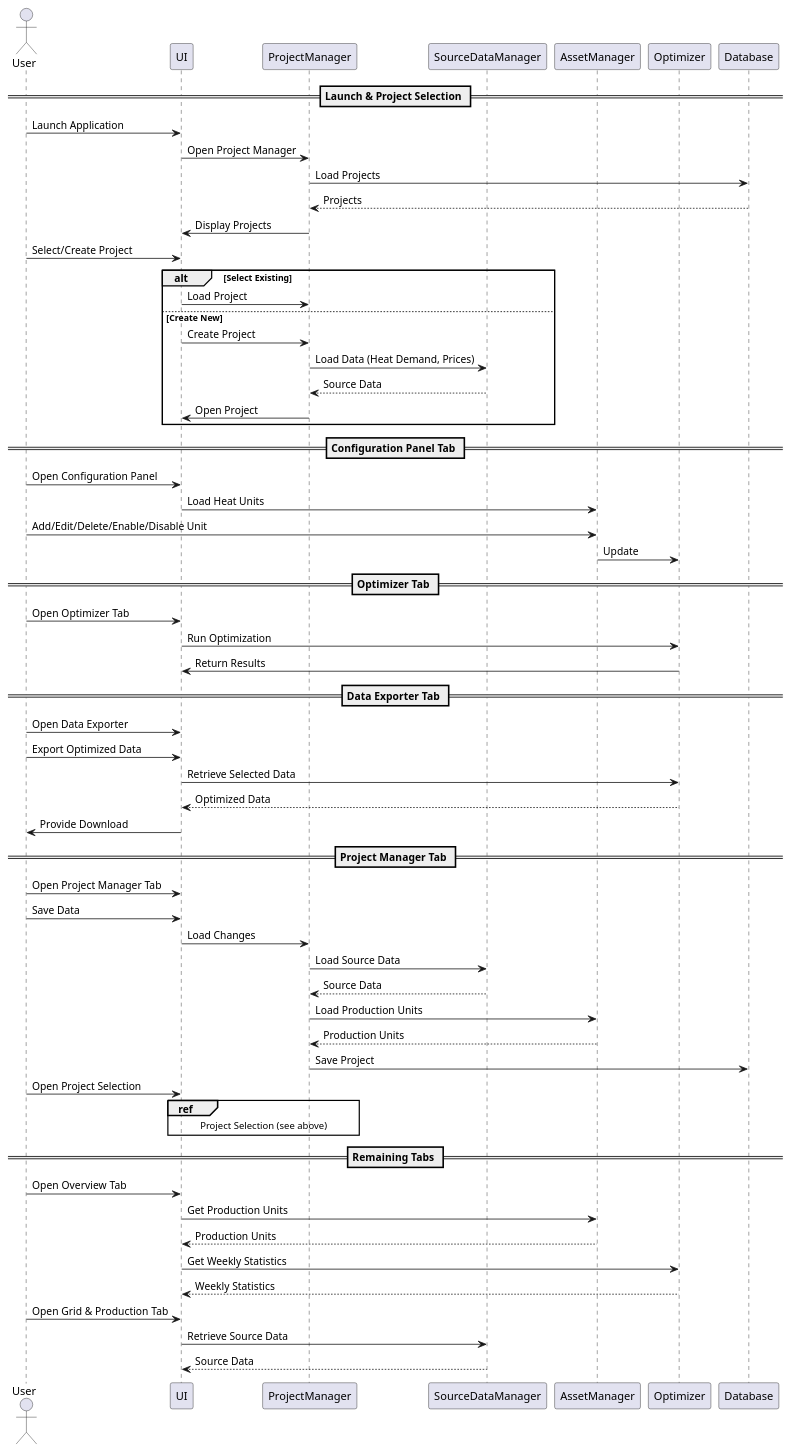
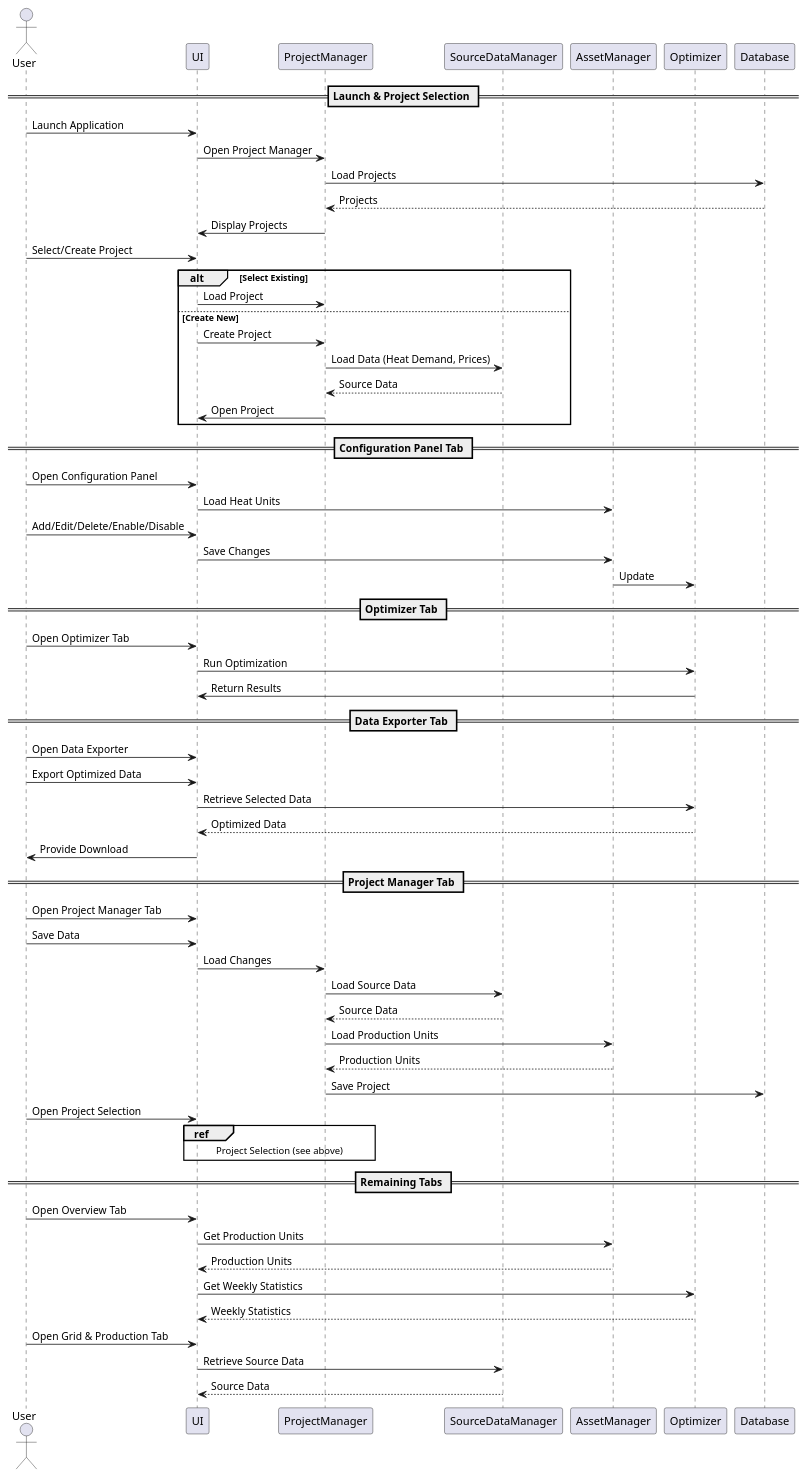
One commit to SDU-Project-group-2025-2nd-semester/semester-project changed the diagram in docs/diagrams/out/sequence.puml. Above: the diagram before and after it, drawn with PlantUML.

```diff
--- a/docs/diagrams/out/sequence.puml
+++ b/docs/diagrams/out/sequence.puml
@@ -1,66 +1,67 @@
 @startuml
 actor User
 participant UI
 participant ProjectManager
 participant SourceDataManager
 participant AssetManager
 participant Optimizer
 participant Database
 
 == Launch & Project Selection ==
 User -> UI : Launch Application
 UI -> ProjectManager : Open Project Manager
 ProjectManager -> Database: Load Projects
 Database --> ProjectManager : Projects
 ProjectManager -> UI : Display Projects
 User -> UI : Select/Create Project
 alt Select Existing
   UI -> ProjectManager : Load Project
 else Create New
   UI -> ProjectManager : Create Project
   ProjectManager -> SourceDataManager : Load Data (Heat Demand, Prices)
   SourceDataManager --> ProjectManager : Source Data
   ProjectManager -> UI :  Open Project
 end
 
 == Configuration Panel Tab ==
 User -> UI : Open Configuration Panel
 UI -> AssetManager : Load Heat Units
 
-User -> AssetManager : Add/Edit/Delete/Enable/Disable Unit
+User -> UI : Add/Edit/Delete/Enable/Disable 
+UI -> AssetManager : Save Changes
 AssetManager -> Optimizer : Update
 
 == Optimizer Tab ==
 User -> UI : Open Optimizer Tab
 UI -> Optimizer : Run Optimization
 Optimizer -> UI : Return Results
 
 == Data Exporter Tab ==
 User -> UI : Open Data Exporter
 User -> UI : Export Optimized Data
 UI -> Optimizer : Retrieve Selected Data
 Optimizer --> UI : Optimized Data
 UI -> User : Provide Download 
 
 == Project Manager Tab ==
 User -> UI : Open Project Manager Tab
 User -> UI : Save Data
 UI -> ProjectManager : Load Changes
 ProjectManager -> SourceDataManager : Load Source Data
 SourceDataManager --> ProjectManager : Source Data
 ProjectManager -> AssetManager : Load Production Units
 AssetManager --> ProjectManager : Production Units
 ProjectManager -> Database : Save Project
 User -> UI : Open Project Selection
 ref over UI, ProjectManager : Project Selection (see above)
 
 == Remaining Tabs ==
 User -> UI : Open Overview Tab
 UI -> AssetManager : Get Production Units
 AssetManager --> UI : Production Units
 UI -> Optimizer : Get Weekly Statistics
 Optimizer --> UI : Weekly Statistics
 User -> UI : Open Grid & Production Tab
 UI -> SourceDataManager : Retrieve Source Data
 SourceDataManager --> UI : Source Data
 @enduml
```
